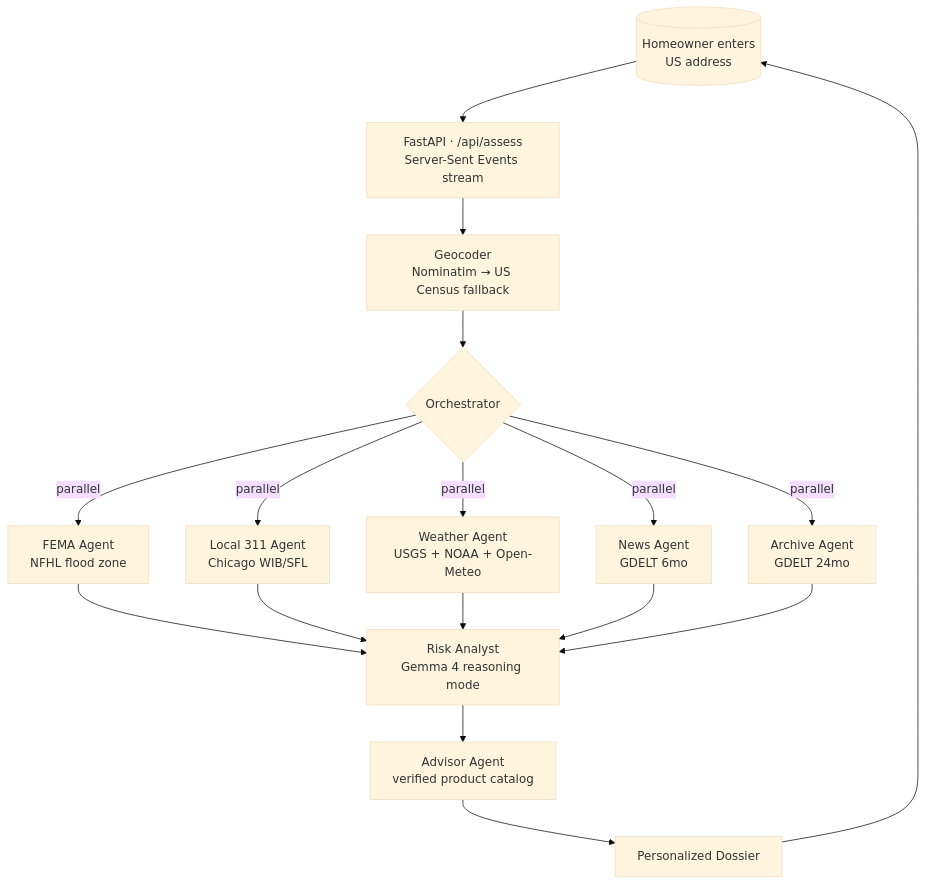
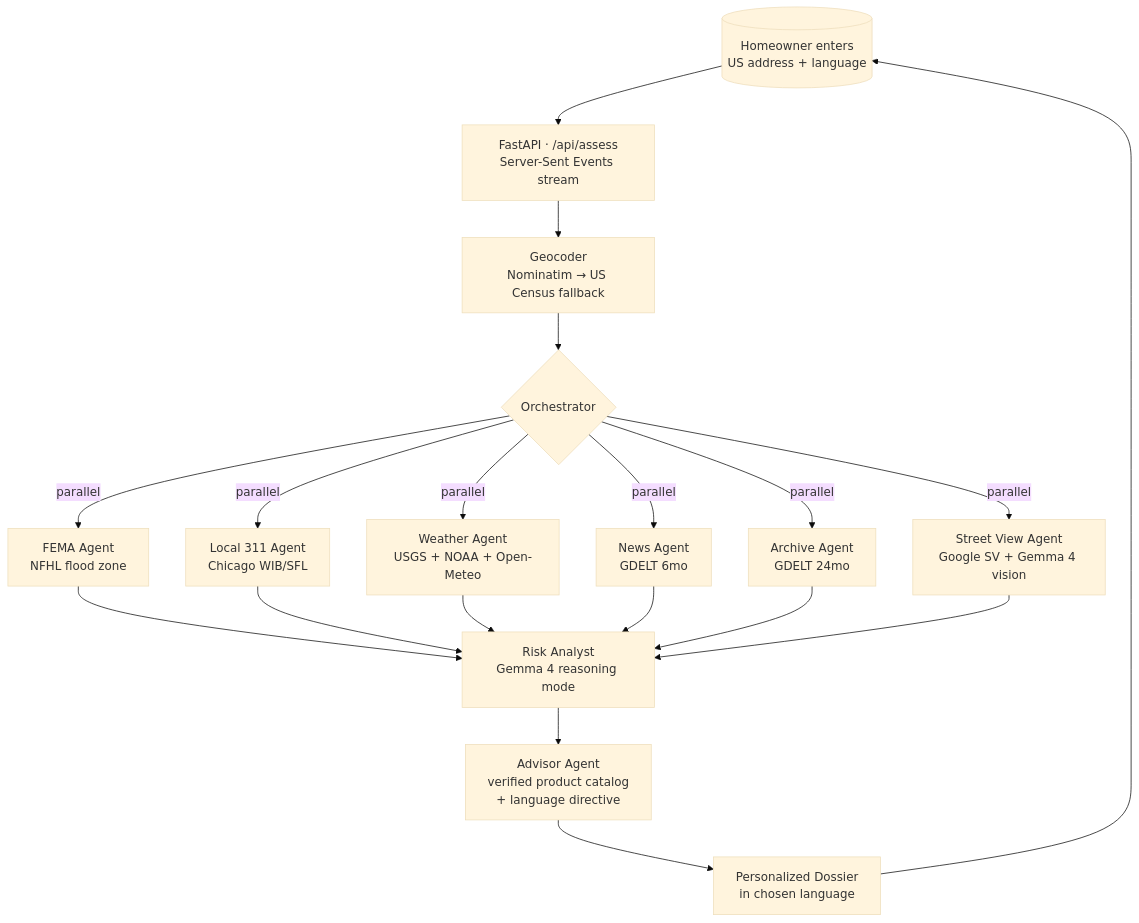
Before and after one commit to kredd2506/Gemma4Good_FlutIQ: the diagram in README.md, drawn with Mermaid (base theme). The commit also changed other lines of this file and 2 other files, not shown here.

First line of the commit message:
v0.7: README rewrite + version bump for multi-language + vision

````diff
--- a/README.md
+++ b/README.md
@@ -38,19 +65,21 @@
 ```mermaid
 flowchart TD
-    User[("Homeowner enters<br/>US address")] --> SSE
+    User[("Homeowner enters<br/>US address + language")] --> SSE
     SSE[FastAPI · /api/assess<br/>Server-Sent Events stream] --> Geo[Geocoder<br/>Nominatim → US Census fallback]
     Geo --> Orch{Orchestrator}
     Orch -->|parallel| FEMA[FEMA Agent<br/>NFHL flood zone]
     Orch -->|parallel| Local[Local 311 Agent<br/>Chicago WIB/SFL]
     Orch -->|parallel| Weather[Weather Agent<br/>USGS + NOAA + Open-Meteo]
     Orch -->|parallel| News[News Agent<br/>GDELT 6mo]
     Orch -->|parallel| Archive[Archive Agent<br/>GDELT 24mo]
+    Orch -->|parallel| StreetView[Street View Agent<br/>Google SV + Gemma 4 vision]
     FEMA --> Risk
     Local --> Risk
     Weather --> Risk
     News --> Risk
     Archive --> Risk
+    StreetView --> Risk
     Risk[Risk Analyst<br/>Gemma 4 reasoning mode] --> Advisor
-    Advisor[Advisor Agent<br/>verified product catalog] --> Dossier[Personalized Dossier]
+    Advisor[Advisor Agent<br/>verified product catalog<br/>+ language directive] --> Dossier[Personalized Dossier<br/>in chosen language]
     Dossier --> User
 ```
````
